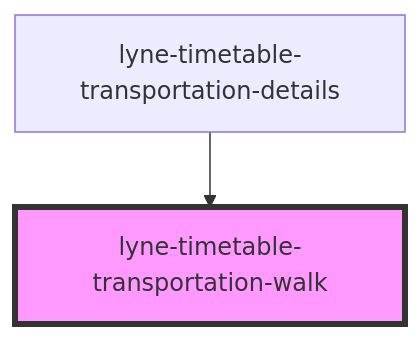
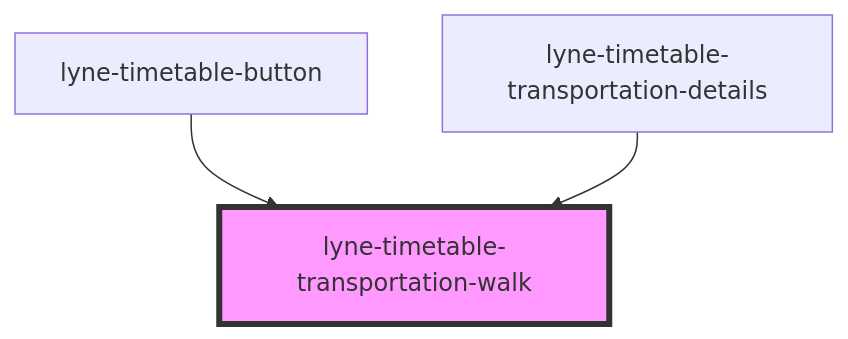
The diagram in src/components/lyne-timetable-transportation-walk/readme.md (sbb-design-systems/lyne-components), drawn with Mermaid before and after one commit. The commit also changed other lines of this file and 13 other files, not shown here.

Commit message:
feat: working on timetable-button variants

````diff
--- a/src/components/lyne-timetable-transportation-walk/readme.md
+++ b/src/components/lyne-timetable-transportation-walk/readme.md
@@ -23,5 +24,6 @@
 ```mermaid
 graph TD;
+  lyne-timetable-button --> lyne-timetable-transportation-walk
   lyne-timetable-transportation-details --> lyne-timetable-transportation-walk
   style lyne-timetable-transportation-walk fill:#f9f,stroke:#333,stroke-width:4px
 ```
````
